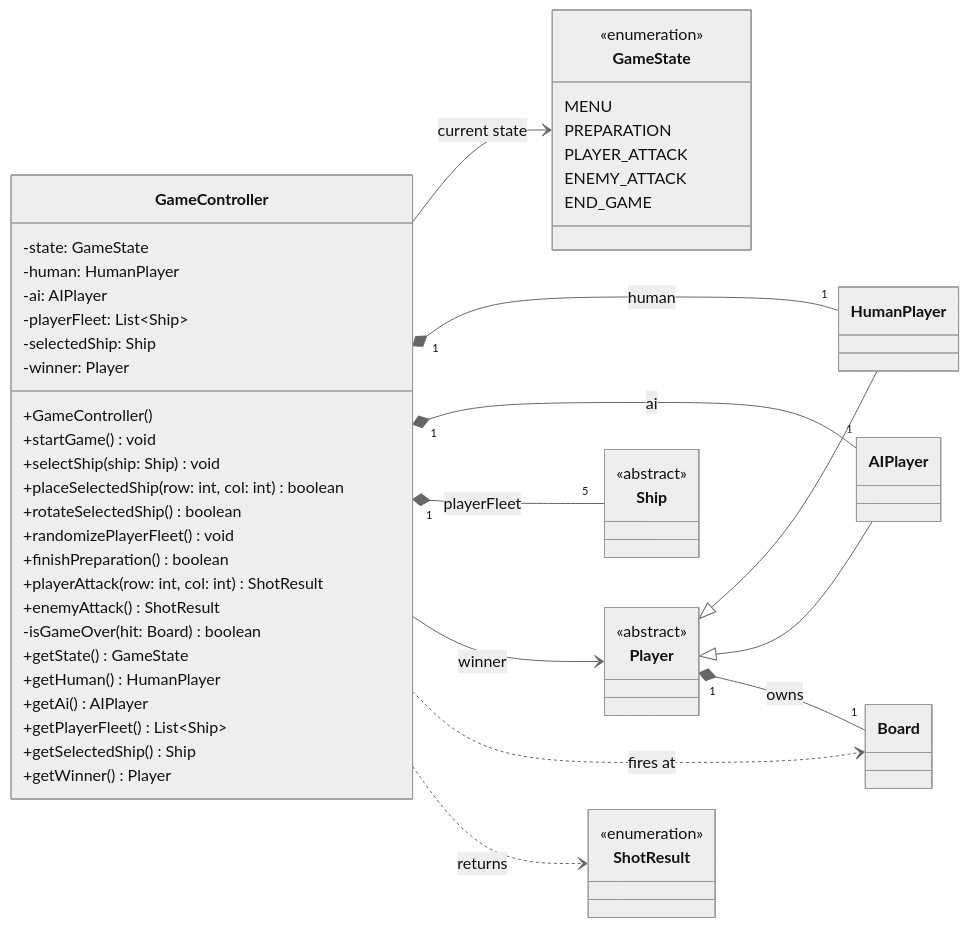
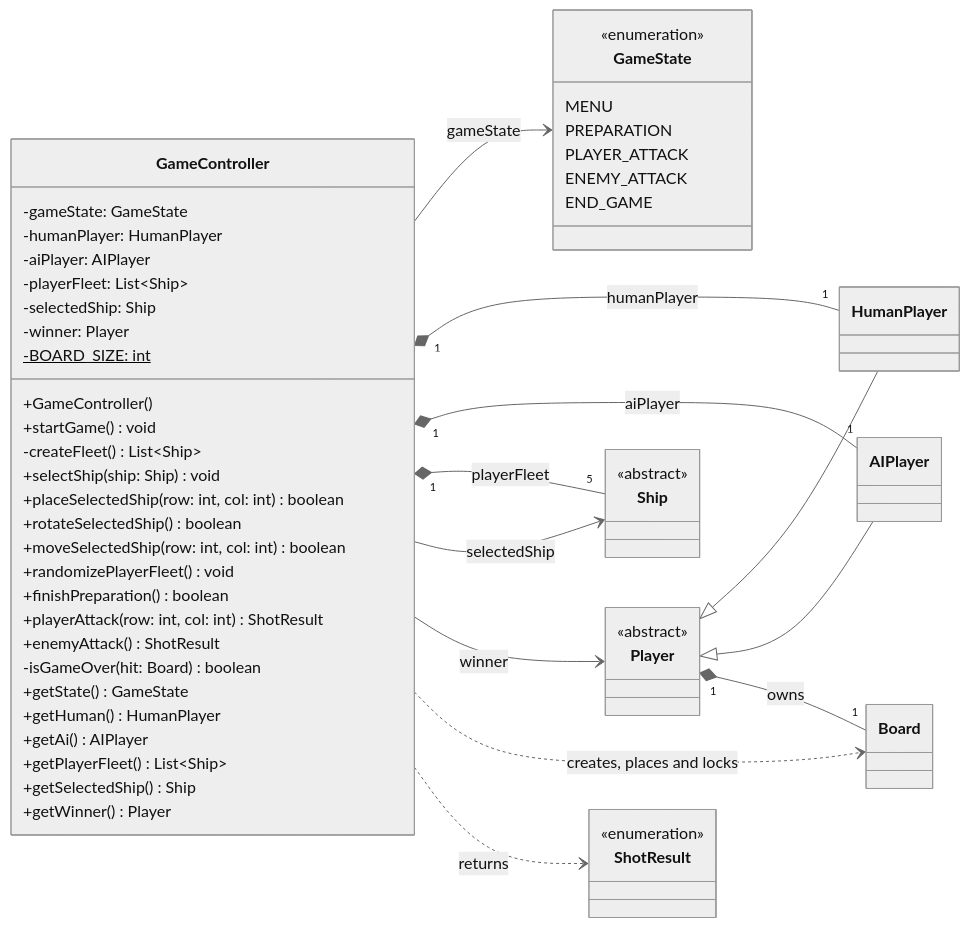
One commit to Gab-Apolinario/battleship changed the diagram in docs/controllerUML.md. Above: the diagram before and after it, drawn with Mermaid (neutral theme). The commit also changed other lines of this file and 2 other files, not shown here.

````diff
--- a/docs/controllerUML.md
+++ b/docs/controllerUML.md
@@ -5,66 +3,68 @@
 ```mermaid
 classDiagram
     direction LR
 
-    %% ===== Controller =====
     class GameState {
         <<enumeration>>
         MENU
         PREPARATION
         PLAYER_ATTACK
         ENEMY_ATTACK
         END_GAME
     }
 
     class GameController {
-        -state: GameState
-        -human: HumanPlayer
-        -ai: AIPlayer
+        -gameState: GameState
+        -humanPlayer: HumanPlayer
+        -aiPlayer: AIPlayer
         -playerFleet: List~Ship~
         -selectedShip: Ship
         -winner: Player
+        -BOARD_SIZE: int$
         +GameController()
         +startGame() void
+        -createFleet() List~Ship~
         +selectShip(ship: Ship) void
         +placeSelectedShip(row: int, col: int) boolean
         +rotateSelectedShip() boolean
+        +moveSelectedShip(row: int, col: int) boolean
         +randomizePlayerFleet() void
         +finishPreparation() boolean
         +playerAttack(row: int, col: int) ShotResult
         +enemyAttack() ShotResult
         -isGameOver(hit: Board) boolean
         +getState() GameState
         +getHuman() HumanPlayer
         +getAi() AIPlayer
         +getPlayerFleet() List~Ship~
         +getSelectedShip() Ship
         +getWinner() Player
     }
 
-    %% ===== Model classes used by the controller (members omitted, see model diagram) =====
+    %% Model classes used by the controller (members omitted, see model diagram)
     class Player {
         <<abstract>>
     }
     class HumanPlayer
     class AIPlayer
     class Board
     class Ship {
         <<abstract>>
     }
     class ShotResult {
         <<enumeration>>
     }
 
-    %% ===== Relationships =====
     Player <|-- HumanPlayer
     Player <|-- AIPlayer
 
-    GameController --> GameState : current state
-    GameController "1" *-- "1" HumanPlayer : human
-    GameController "1" *-- "1" AIPlayer : ai
+    GameController --> GameState : gameState
+    GameController "1" *-- "1" HumanPlayer : humanPlayer
+    GameController "1" *-- "1" AIPlayer : aiPlayer
     GameController "1" *-- "5" Ship : playerFleet
+    GameController --> Ship : selectedShip
     GameController --> Player : winner
-    GameController ..> Board : fires at
+    GameController ..> Board : creates, places and locks
     GameController ..> ShotResult : returns
     Player "1" *-- "1" Board : owns
 ```
````
